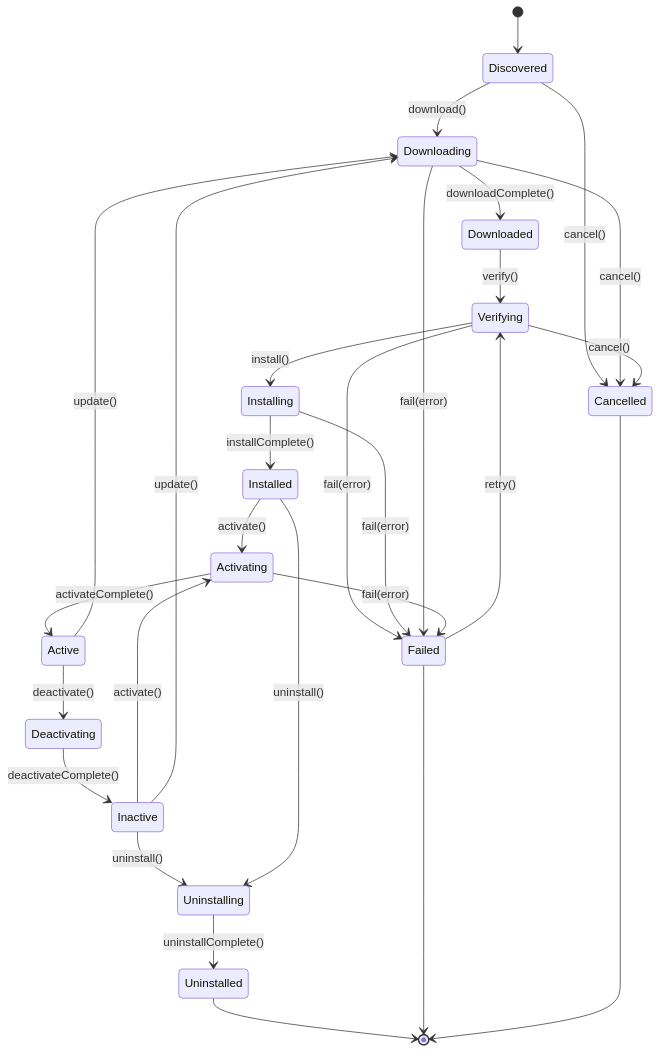
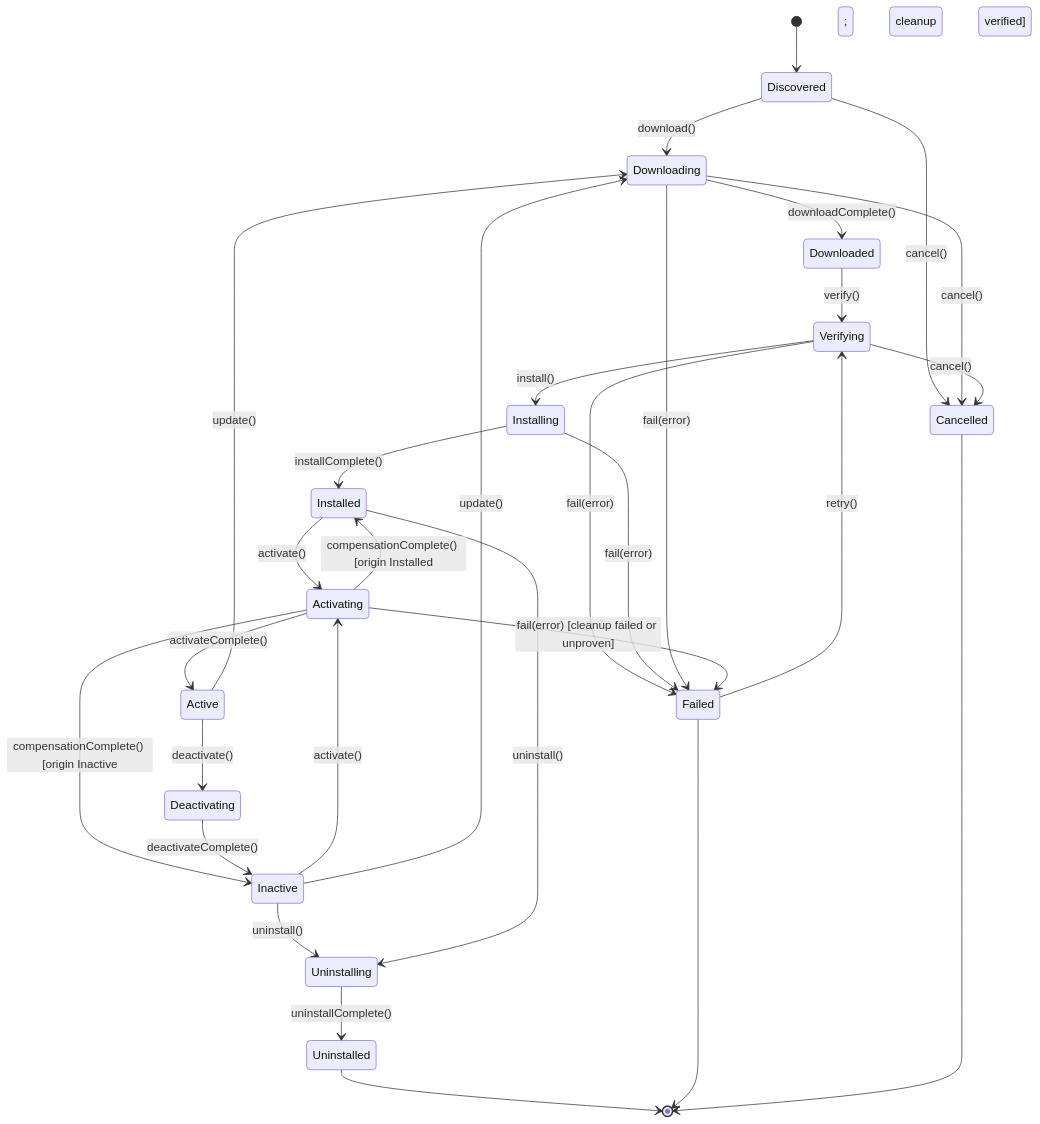
The diagram in state-machines/PluginLifecycle.md (pavan53732/Nexora), drawn with Mermaid before and after one commit. The commit also changed other lines of this file and 20 other files, not shown here.

````diff
--- a/state-machines/PluginLifecycle.md
+++ b/state-machines/PluginLifecycle.md
@@ -63,34 +66,36 @@
 ```mermaid
 stateDiagram-v2
     [*] --> Discovered
 
     Discovered --> Downloading : download()
     Downloading --> Downloaded : downloadComplete()
     Downloaded --> Verifying : verify()
     Verifying --> Installing : install()
     Verifying --> Failed : fail(error)
     Installing --> Installed : installComplete()
     Installing --> Failed : fail(error)
     Installed --> Activating : activate()
+    Activating --> Installed : compensationComplete() [origin Installed; cleanup verified]
+    Activating --> Inactive : compensationComplete() [origin Inactive; cleanup verified]
     Activating --> Active : activateComplete()
     Active --> Deactivating : deactivate()
     Deactivating --> Inactive : deactivateComplete()
     Inactive --> Activating : activate()
     Inactive --> Uninstalling : uninstall()
     Installed --> Uninstalling : uninstall()
     Uninstalling --> Uninstalled : uninstallComplete()
     Uninstalled --> [*]
     Failed --> [*]
 
     Active --> Downloading : update()
     Inactive --> Downloading : update()
     Failed --> Verifying : retry()
 
     Downloading --> Failed : fail(error)
-    Activating --> Failed : fail(error)
+    Activating --> Failed : fail(error) [cleanup failed or unproven]
 
     Discovered --> Cancelled : cancel()
     Downloading --> Cancelled : cancel()
     Verifying --> Cancelled : cancel()
     Cancelled --> [*]
 ```
````
